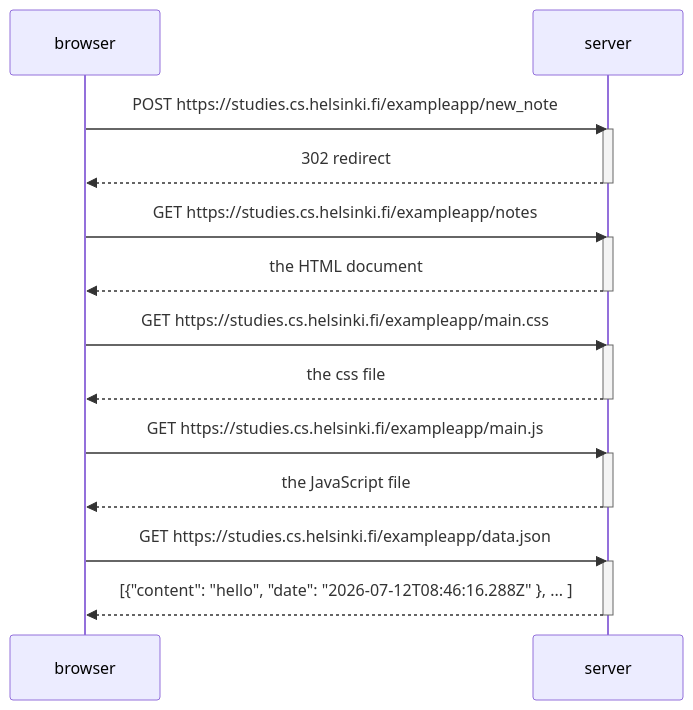
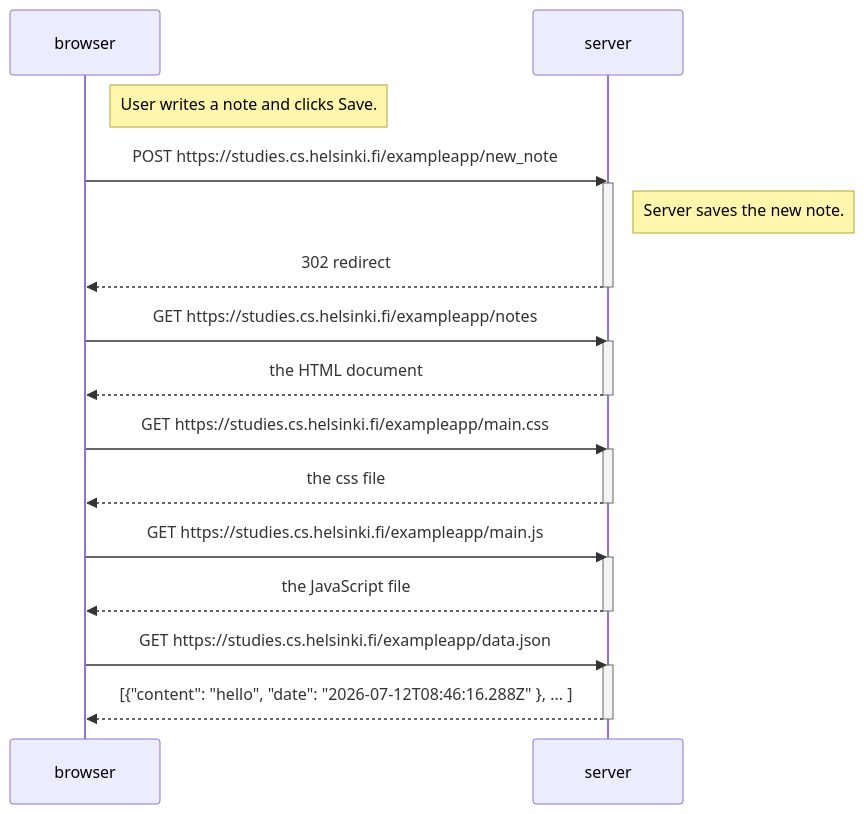
One commit to katjamva/fullstack changed the diagram in osa1/new_note.md. Above: the diagram before and after it, drawn with Mermaid.

Commit message:
Enhance sequence diagram with user note actions
Added notes to the sequence diagram for user actions.

````diff
--- a/osa1/new_note.md
+++ b/osa1/new_note.md
@@ -1,31 +1,34 @@
 ```mermaid
 sequenceDiagram
   participant browser
   participant server
 
+  Note right of browser: User writes a note and clicks Save.
+
   browser->>server: POST https://studies.cs.helsinki.fi/exampleapp/new_note
   activate server
+  Note right of server: Server saves the new note.
   server-->>browser: 302 redirect
   deactivate server
 
   browser->>server: GET https://studies.cs.helsinki.fi/exampleapp/notes
   activate server
   server-->>browser: the HTML document
   deactivate server
 
   browser->>server: GET https://studies.cs.helsinki.fi/exampleapp/main.css
   activate server
   server-->>browser: the css file
   deactivate server
   
   browser->>server: GET https://studies.cs.helsinki.fi/exampleapp/main.js
   activate server
   server-->>browser: the JavaScript file
   deactivate server
   
   
   browser->>server: GET https://studies.cs.helsinki.fi/exampleapp/data.json
   activate server
   server-->>browser: [{"content": "hello", "date": "2026-07-12T08:46:16.288Z" }, ... ]
   deactivate server    
 ```
````
